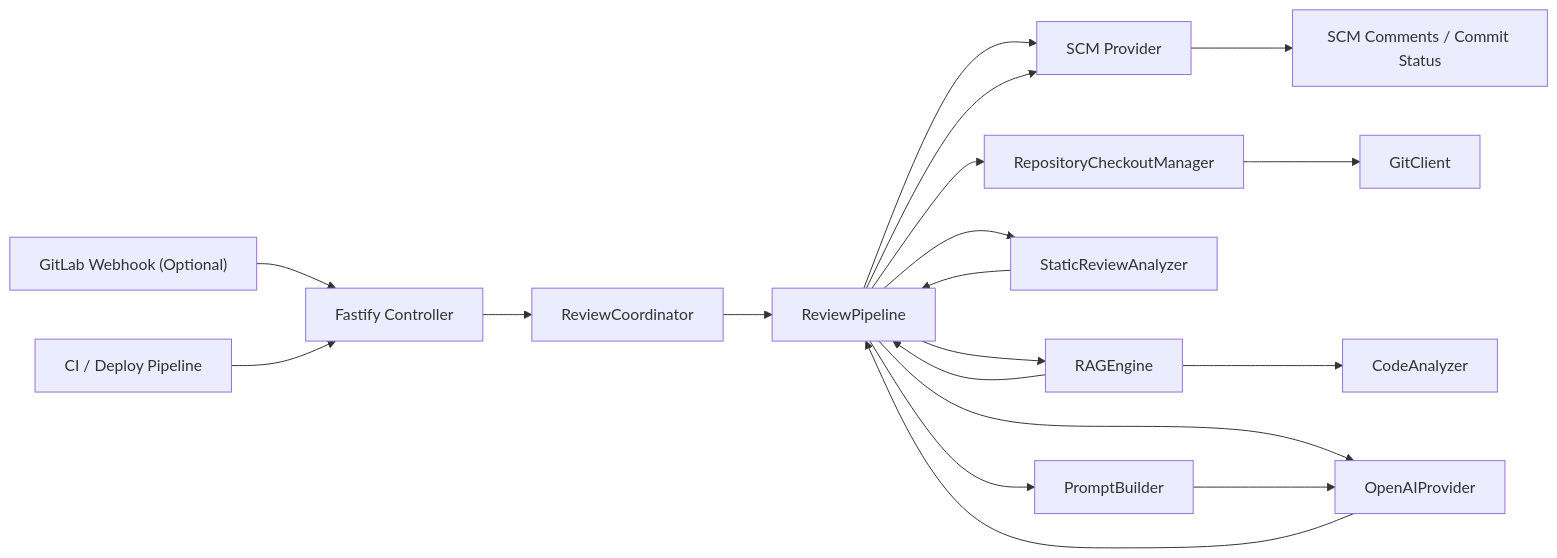
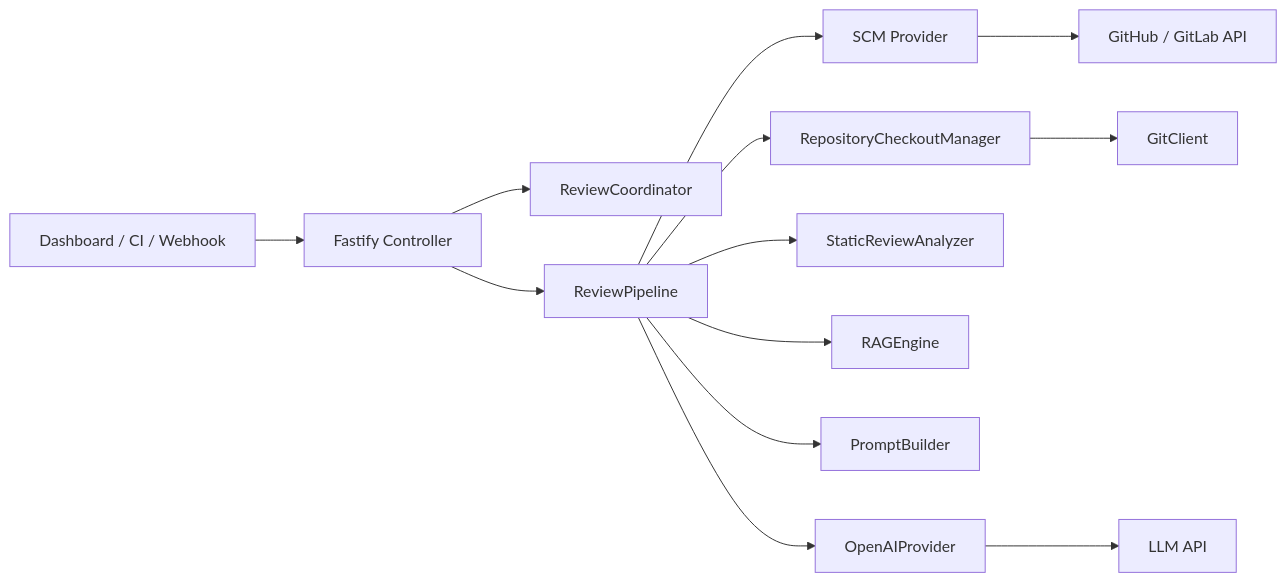
One commit to liu-ningning/ai-code-review changed the diagram in README.md. Above: the diagram before and after it, drawn with Mermaid. The commit also changed other lines of this file, not shown here.

````diff
--- a/README.md
+++ b/README.md
@@ -65,24 +37,17 @@
 ```mermaid
 flowchart LR
-  A["GitLab Webhook (Optional)"] --> B["Fastify Controller"]
-  A2["CI / Deploy Pipeline"] --> B
-
+  A["Dashboard / CI / Webhook"] --> B["Fastify Controller"]
   B --> C["ReviewCoordinator"]
-  C --> D["ReviewPipeline"]
+  B --> D["ReviewPipeline"]
 
   D --> E["SCM Provider"]
   D --> F["RepositoryCheckoutManager"]
-  F --> G["GitClient"]
-  D --> H["StaticReviewAnalyzer"]
-  D --> I["RAGEngine"]
-  I --> J["CodeAnalyzer"]
-  D --> M["PromptBuilder"]
-  D --> N["OpenAIProvider"]
+  D --> G["StaticReviewAnalyzer"]
+  D --> H["RAGEngine"]
+  D --> I["PromptBuilder"]
+  D --> J["OpenAIProvider"]
 
-  H --> D
-  I --> D
-  M --> N
-  N --> D
-  D --> E
-  E --> O["SCM Comments / Commit Status"]
+  F --> K["GitClient"]
+  E --> L["GitHub / GitLab API"]
+  J --> M["LLM API"]
 ```
````
